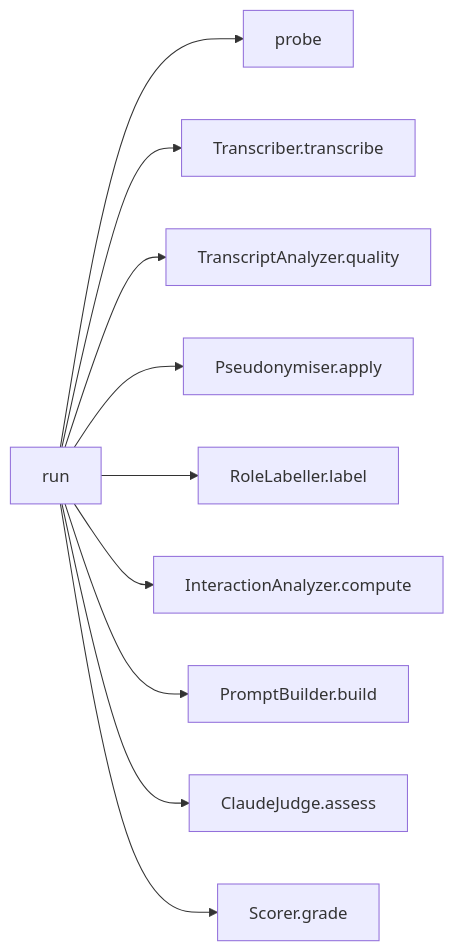
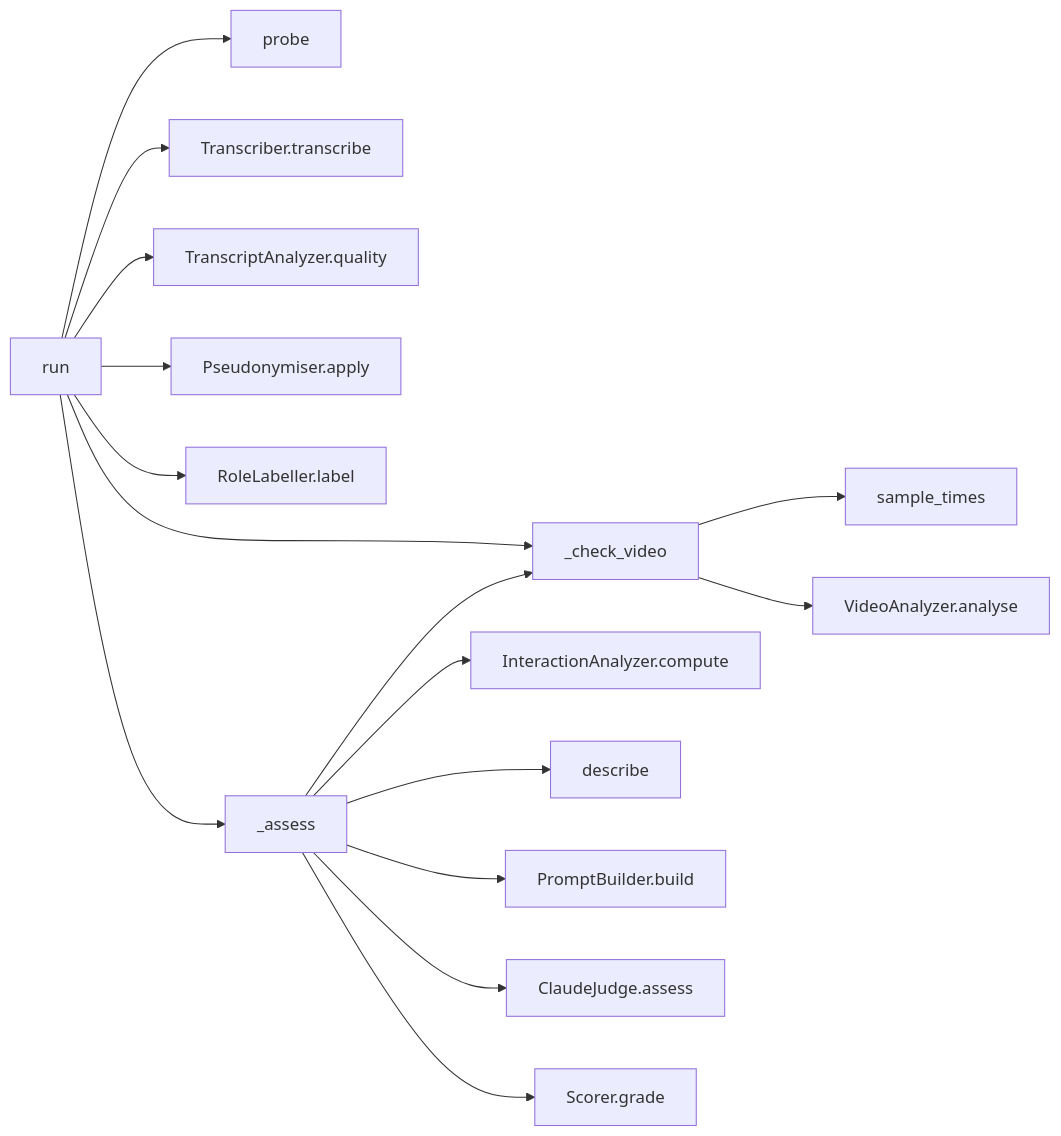
Before and after one commit to Ashish94312/classlens: diagram 14 of 17 in docs/LLD.md, drawn with Mermaid. The commit also changed other lines of this file and 18 other files, not shown here.

````diff
--- a/docs/LLD.md
+++ b/docs/LLD.md
@@ -987,4 +1065,6 @@
 ```mermaid
 flowchart LR
-  run --> probe & Transcriber.transcribe & TranscriptAnalyzer.quality & Pseudonymiser.apply & RoleLabeller.label & InteractionAnalyzer.compute & PromptBuilder.build & ClaudeJudge.assess & Scorer.grade
+  run --> probe & Transcriber.transcribe & TranscriptAnalyzer.quality & Pseudonymiser.apply & RoleLabeller.label & _assess & _check_video
+  _assess --> InteractionAnalyzer.compute & _check_video & describe & PromptBuilder.build & ClaudeJudge.assess & Scorer.grade
+  _check_video --> sample_times & VideoAnalyzer.analyse
 ```
````
